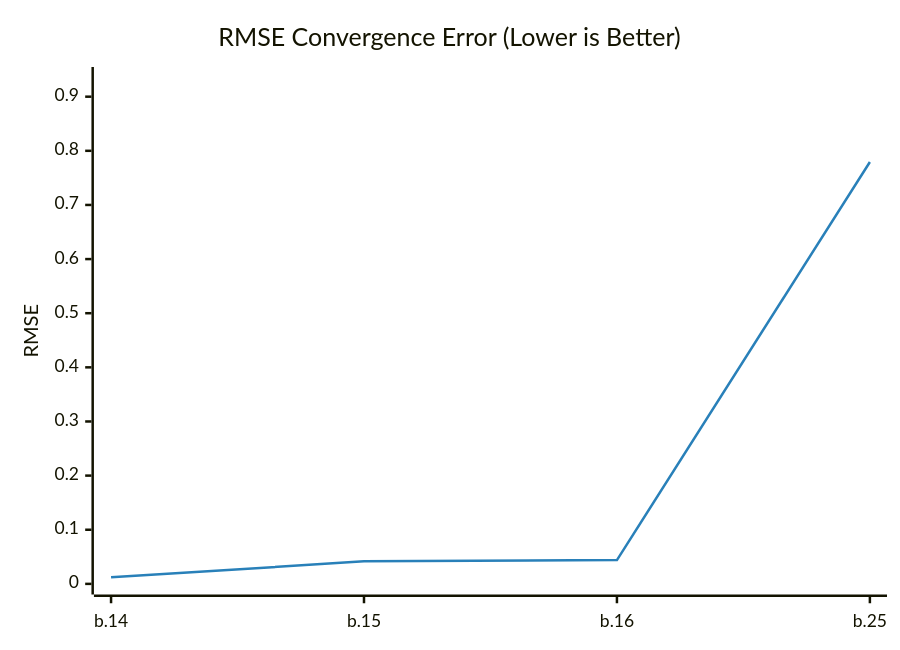
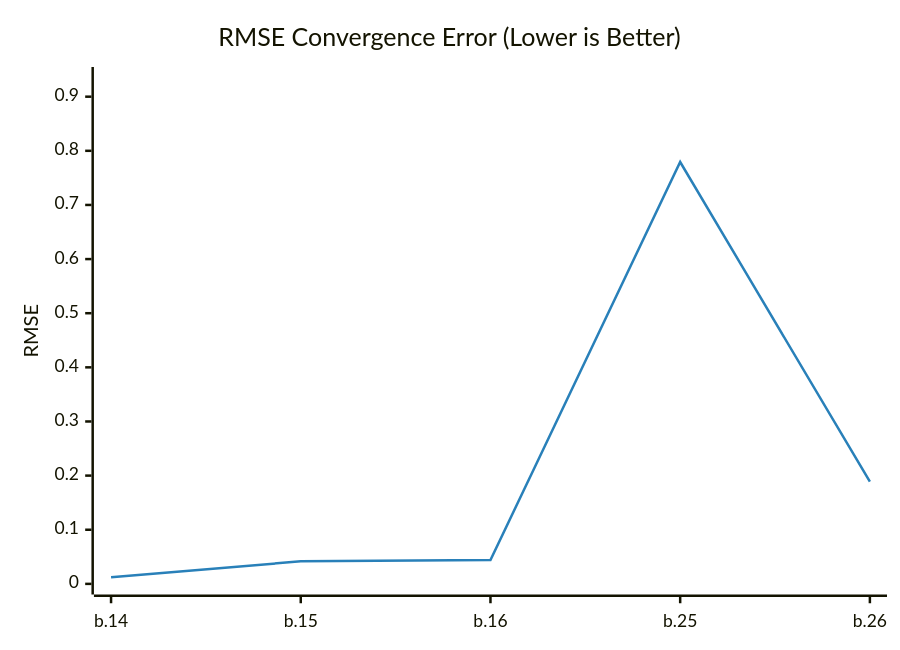
Before and after one commit to timo-eberl/tracy: the diagram in README.md, drawn with Mermaid. The commit also changed other lines of this file and 2 other files, not shown here.

````diff
--- a/README.md
+++ b/README.md
@@ -13,14 +13,14 @@
 ```mermaid
 ---
 config:
     theme: base
     themeVariables:
         xyChart:
             plotColorPalette: "#2980b9"
 ---
 xychart-beta
     title "RMSE Convergence Error (Lower is Better)"
-    x-axis ["b.14", "b.15", "b.16", "b.25"]
+    x-axis ["b.14", "b.15", "b.16", "b.25", "b.26"]
     y-axis "RMSE" 0 --> 0.9352
-    line [0.012064, 0.041607, 0.043946, 0.7793]
+    line [0.012064, 0.041607, 0.043946, 0.7793, 0.1888]
 ```
````
